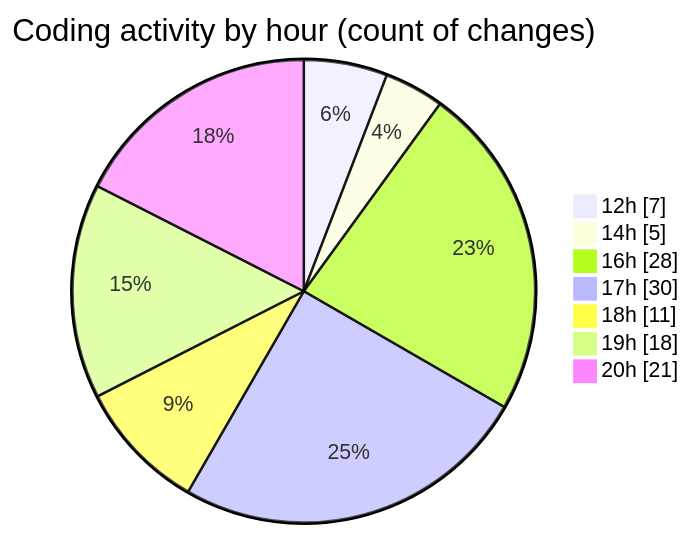
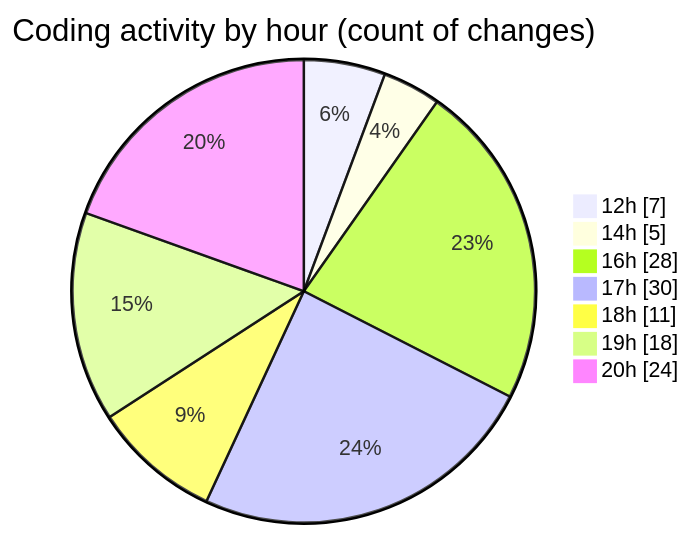
One commit to julien-gomy/code-tracking changed the second of 2 diagrams in 2025-10-06/eventscop-frontend-guide__workspace_/README.md. Above: the diagram before and after it, drawn with Mermaid. The commit also changed other lines of this file and 1 other file, not shown here.

````diff
--- a/2025-10-06/eventscop-frontend-guide__workspace_/README.md
+++ b/2025-10-06/eventscop-frontend-guide__workspace_/README.md
@@ -67,11 +67,11 @@
 ```mermaid
 pie showData
 title Coding activity by hour (count of changes)
 "12h" : 7
 "14h" : 5
 "16h" : 28
 "17h" : 30
 "18h" : 11
 "19h" : 18
-"20h" : 21
+"20h" : 24
 ```
````
